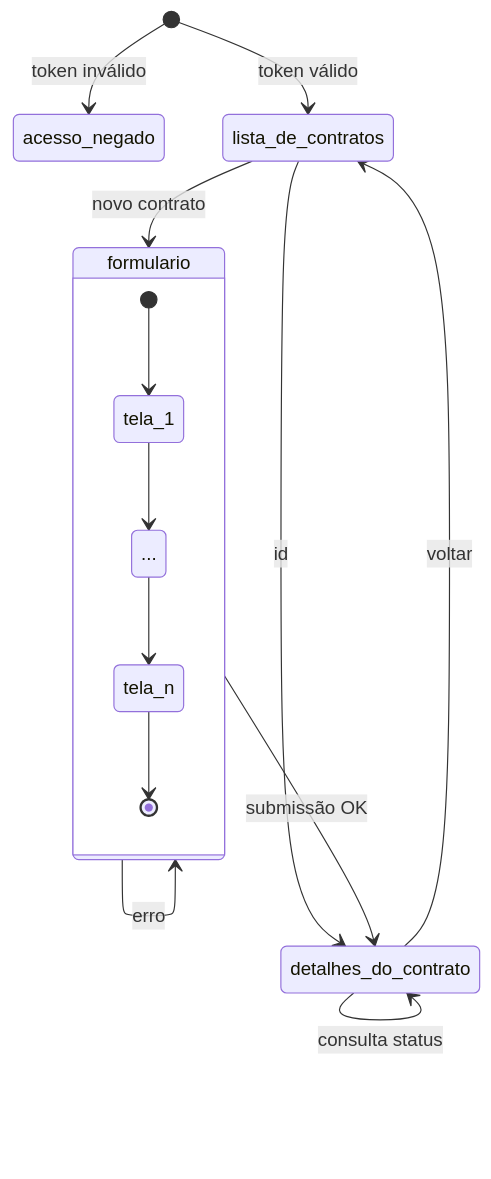
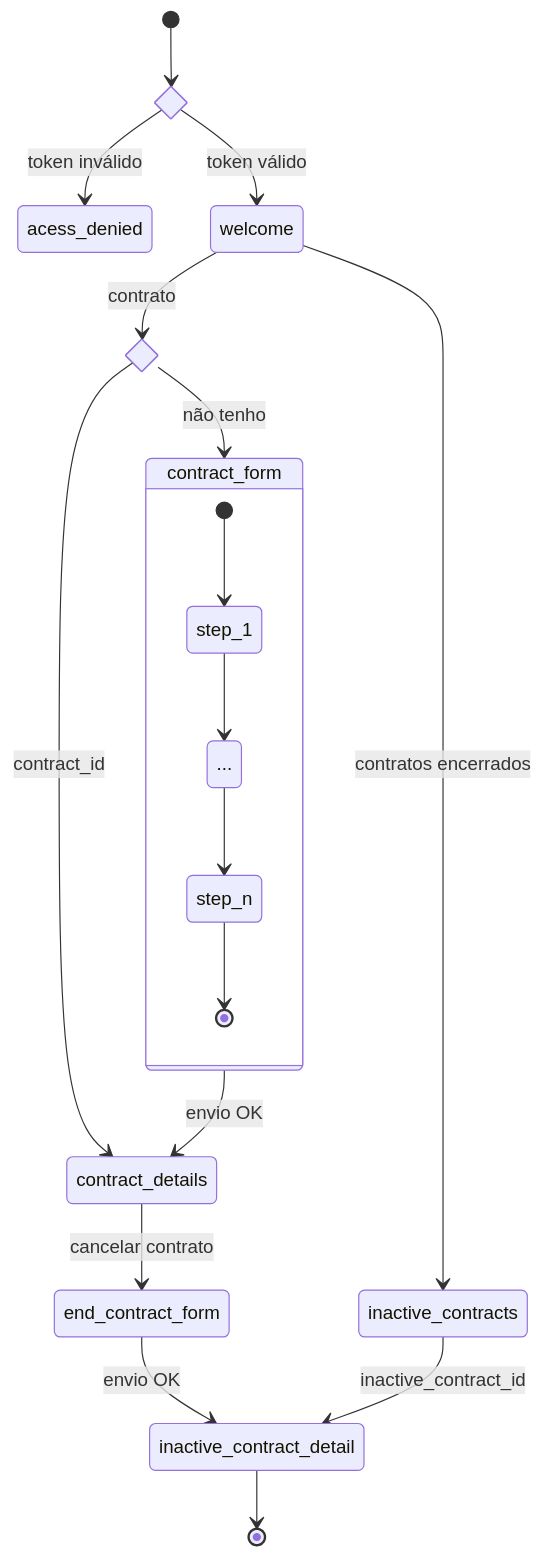
One commit to jaxyendy/wizard-ui changed the first of 3 diagrams in README.md. Above: the diagram before and after it, drawn with Mermaid.

Commit message:
docs: modifica o diagrama das telas para refletir a possibilidade de apenas 1 contrato por vez

````diff
--- a/README.md
+++ b/README.md
@@ -37,17 +37,23 @@
 ```mermaid
 stateDiagram-v2
-    [*] --> acesso_negado: token inválido
-    [*] --> lista_de_contratos: token válido
-    lista_de_contratos --> detalhes_do_contrato: id
-    lista_de_contratos --> formulario: novo contrato
-    state formulario {
-      [*] --> tela_1
-      tela_1 --> ...
-      ... --> tela_n
-      tela_n --> [*]
+    state valid_token <<choice>>
+    [*] --> valid_token
+        valid_token --> acess_denied: token inválido
+        valid_token --> welcome: token válido
+    state have_contract <<choice>>
+    welcome --> have_contract: contrato
+        have_contract --> contract_details: contract_id
+        have_contract --> contract_form: não tenho
+    contract_form --> contract_details: envio OK
+    contract_details --> end_contract_form: cancelar contrato
+    end_contract_form --> inactive_contract_detail: envio OK
+    welcome --> inactive_contracts: contratos encerrados
+    inactive_contracts --> inactive_contract_detail: inactive_contract_id
+    inactive_contract_detail --> [*]
+    state contract_form {
+        [*] --> step_1
+        step_1 --> ...
+        ... --> step_n
+        step_n --> [*]
     }
-    formulario --> formulario: erro
-    formulario --> detalhes_do_contrato: submissão OK
-    detalhes_do_contrato --> detalhes_do_contrato: consulta status
-    detalhes_do_contrato --> lista_de_contratos: voltar
 ```
````
